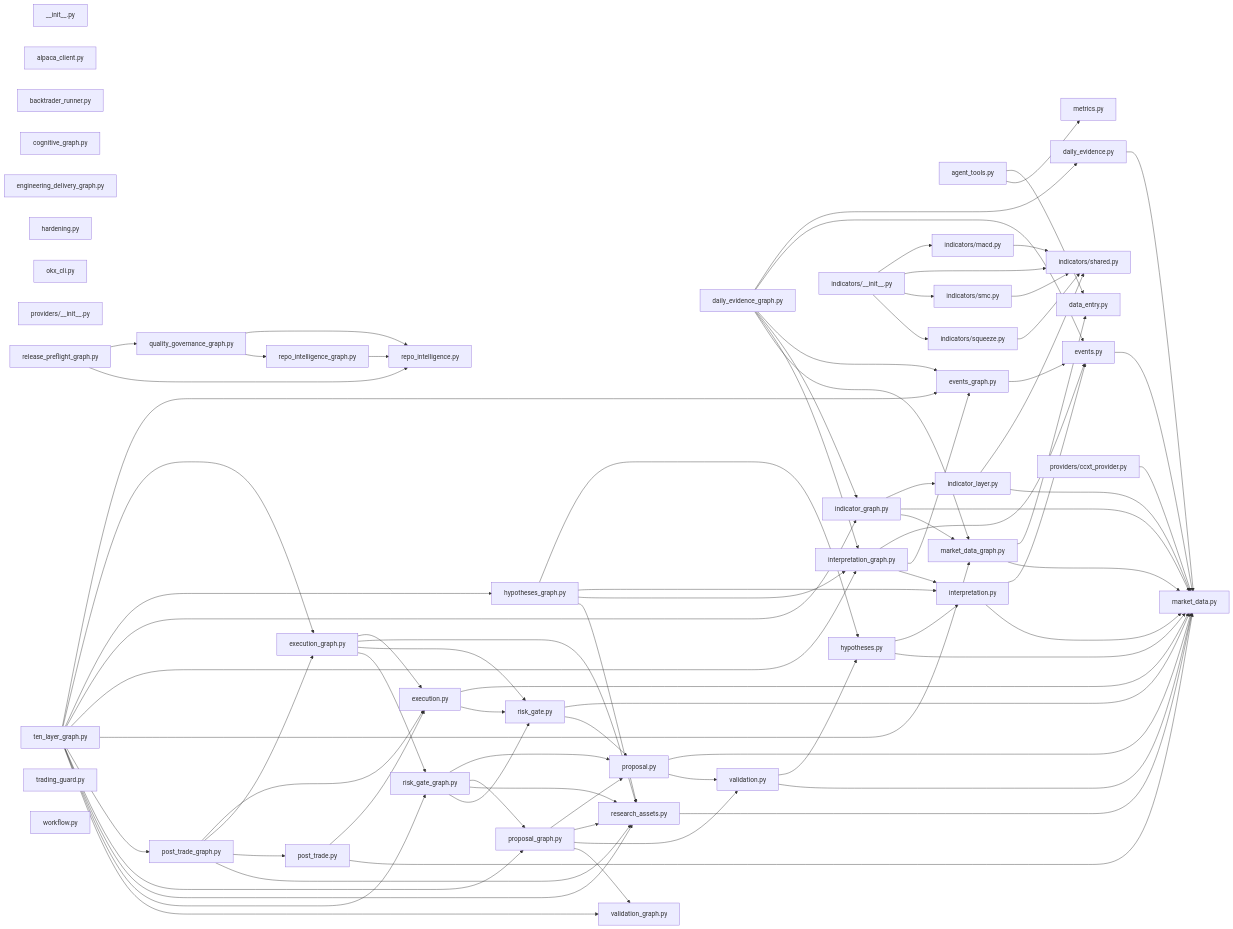
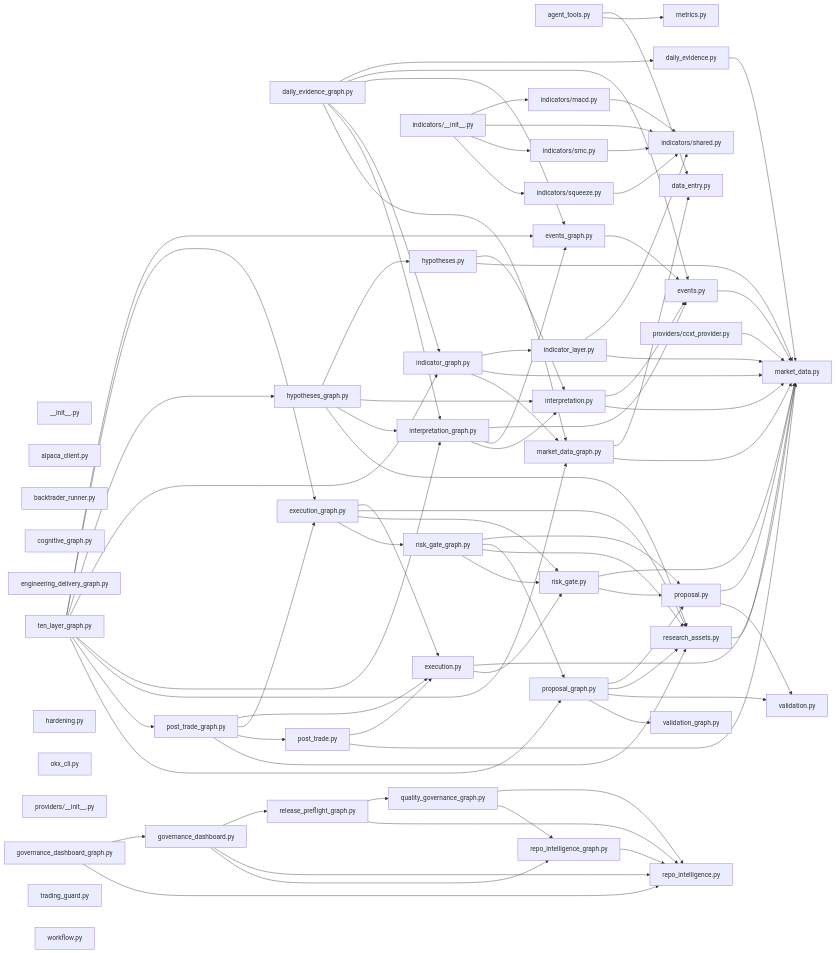
Before and after one commit to zycxfyh/FinHarness: the diagram in docs/architecture/generated/repo-intelligence.md, drawn with Mermaid. The commit also changed other lines of this file and 15 other files, not shown here.

Commit message:
Add RC governance dashboard and property baseline

````diff
--- a/docs/architecture/generated/repo-intelligence.md
+++ b/docs/architecture/generated/repo-intelligence.md
@@ -35,6 +49,8 @@
   n_src_finharness_events_graph_py["events_graph.py"]
   n_src_finharness_execution_py["execution.py"]
   n_src_finharness_execution_graph_py["execution_graph.py"]
+  n_src_finharness_governance_dashboard_py["governance_dashboard.py"]
+  n_src_finharness_governance_dashboard_graph_py["governance_dashboard_graph.py"]
   n_src_finharness_hardening_py["hardening.py"]
   n_src_finharness_hypotheses_py["hypotheses.py"]
   n_src_finharness_hypotheses_graph_py["hypotheses_graph.py"]
@@ -86,6 +102,11 @@
   n_src_finharness_execution_graph_py --> n_src_finharness_research_assets_py
   n_src_finharness_execution_graph_py --> n_src_finharness_risk_gate_py
   n_src_finharness_execution_graph_py --> n_src_finharness_risk_gate_graph_py
+  n_src_finharness_governance_dashboard_py --> n_src_finharness_release_preflight_graph_py
+  n_src_finharness_governance_dashboard_py --> n_src_finharness_repo_intelligence_py
+  n_src_finharness_governance_dashboard_py --> n_src_finharness_repo_intelligence_graph_py
+  n_src_finharness_governance_dashboard_graph_py --> n_src_finharness_governance_dashboard_py
+  n_src_finharness_governance_dashboard_graph_py --> n_src_finharness_repo_intelligence_py
   n_src_finharness_hypotheses_py --> n_src_finharness_interpretation_py
   n_src_finharness_hypotheses_py --> n_src_finharness_market_data_py
   n_src_finharness_hypotheses_graph_py --> n_src_finharness_hypotheses_py
@@ -144,9 +165,4 @@
   n_src_finharness_ten_layer_graph_py --> n_src_finharness_market_data_graph_py
   n_src_finharness_ten_layer_graph_py --> n_src_finharness_post_trade_graph_py
   n_src_finharness_ten_layer_graph_py --> n_src_finharness_proposal_graph_py
-  n_src_finharness_ten_layer_graph_py --> n_src_finharness_research_assets_py
-  n_src_finharness_ten_layer_graph_py --> n_src_finharness_risk_gate_graph_py
-  n_src_finharness_ten_layer_graph_py --> n_src_finharness_validation_graph_py
-  n_src_finharness_validation_py --> n_src_finharness_hypotheses_py
-  n_src_finharness_validation_py --> n_src_finharness_market_data_py
 ```
````
